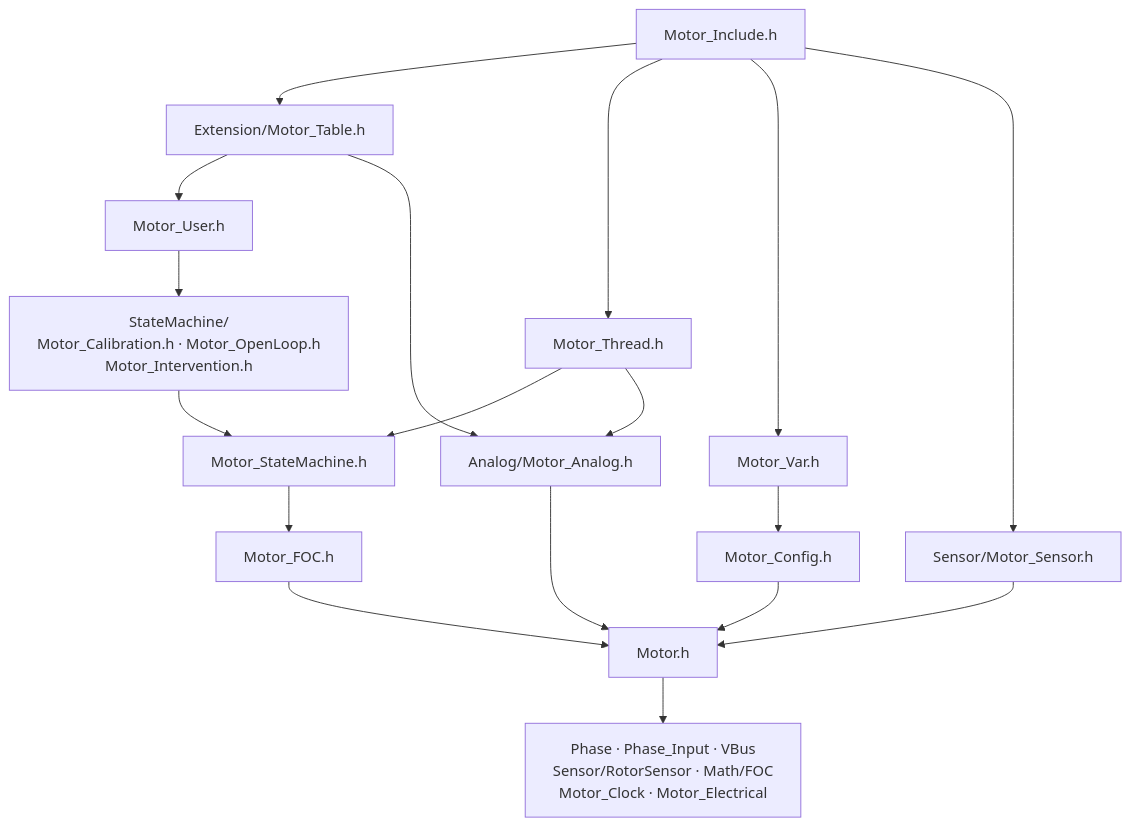
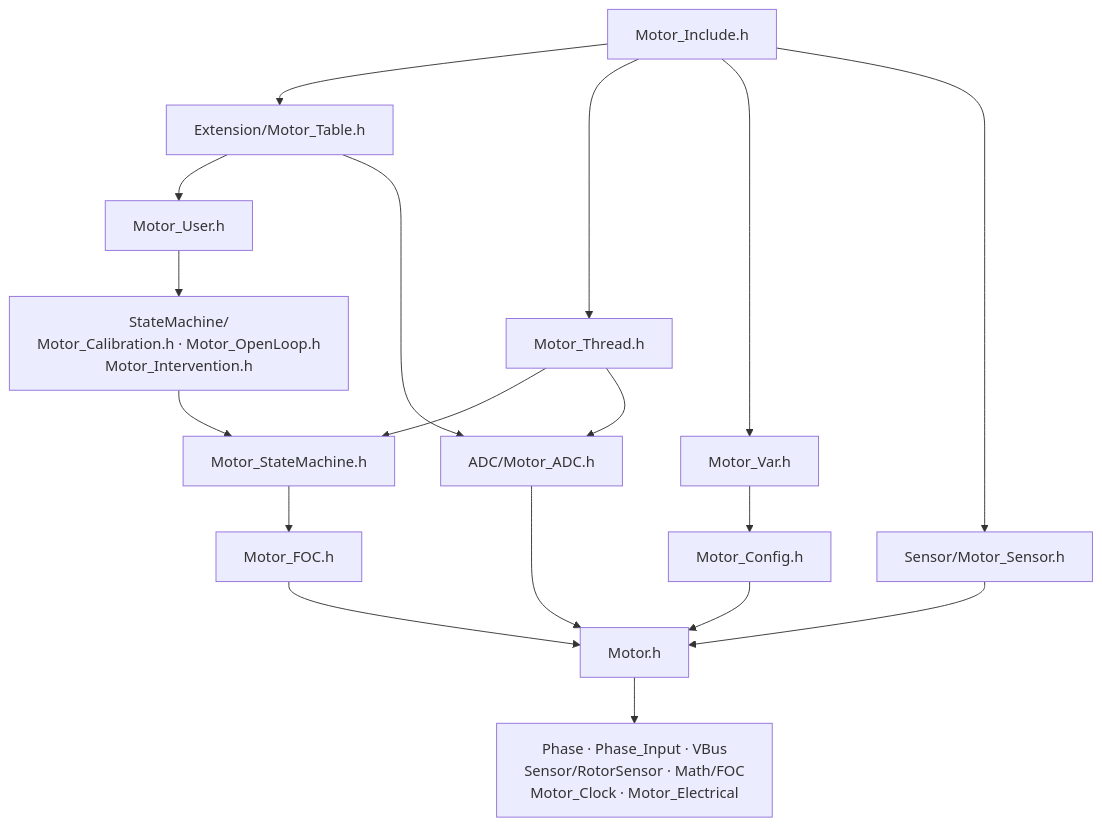
The first of 2 diagrams in Motor/Docs/DependencyGraph.md (FireSourcery/FireSourcery_Library), drawn with Mermaid before and after one commit. The commit also changed 45 other files, not shown here.

````diff
--- a/Motor/Docs/DependencyGraph.md
+++ b/Motor/Docs/DependencyGraph.md
@@ -7,34 +7,34 @@
 ```mermaid
 ---
 config:
   flowchart:
     wrappingWidth: 600
 ---
 flowchart TB
     Include["Motor_Include.h"]
     Table["Extension/Motor_Table.h"]
     Thread["Motor_Thread.h"]
     Var["Motor_Var.h"]
     Sensor["Sensor/Motor_Sensor.h"]
     User["Motor_User.h"]
     Sub["StateMachine/<br/>Motor_Calibration.h · Motor_OpenLoop.h<br/>Motor_Intervention.h"]
     MSM["Motor_StateMachine.h"]
     FOC["Motor_FOC.h"]
     Config["Motor_Config.h"]
-    Analog["Analog/Motor_Analog.h"]
+    Analog["ADC/Motor_ADC.h"]
     Motor["Motor.h"]
     Parts["Phase · Phase_Input · VBus<br/>Sensor/RotorSensor · Math/FOC<br/>Motor_Clock · Motor_Electrical"]
 
     Include --> Table & Thread & Var & Sensor
     Table --> User & Analog
     Thread --> MSM & Analog
     User --> Sub
     Sub --> MSM
     MSM --> FOC
     FOC --> Motor
     Var --> Config
     Config --> Motor
     Analog --> Motor
     Sensor --> Motor
     Motor --> Parts
 ```
````
